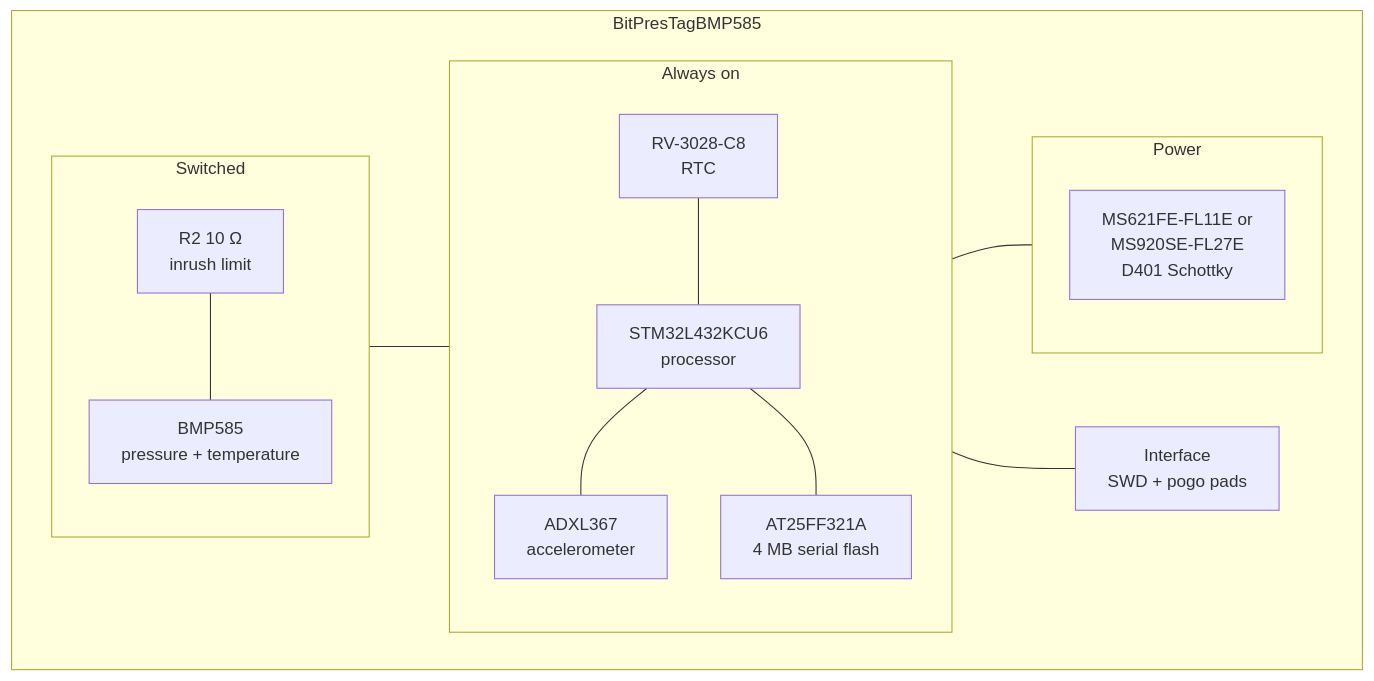
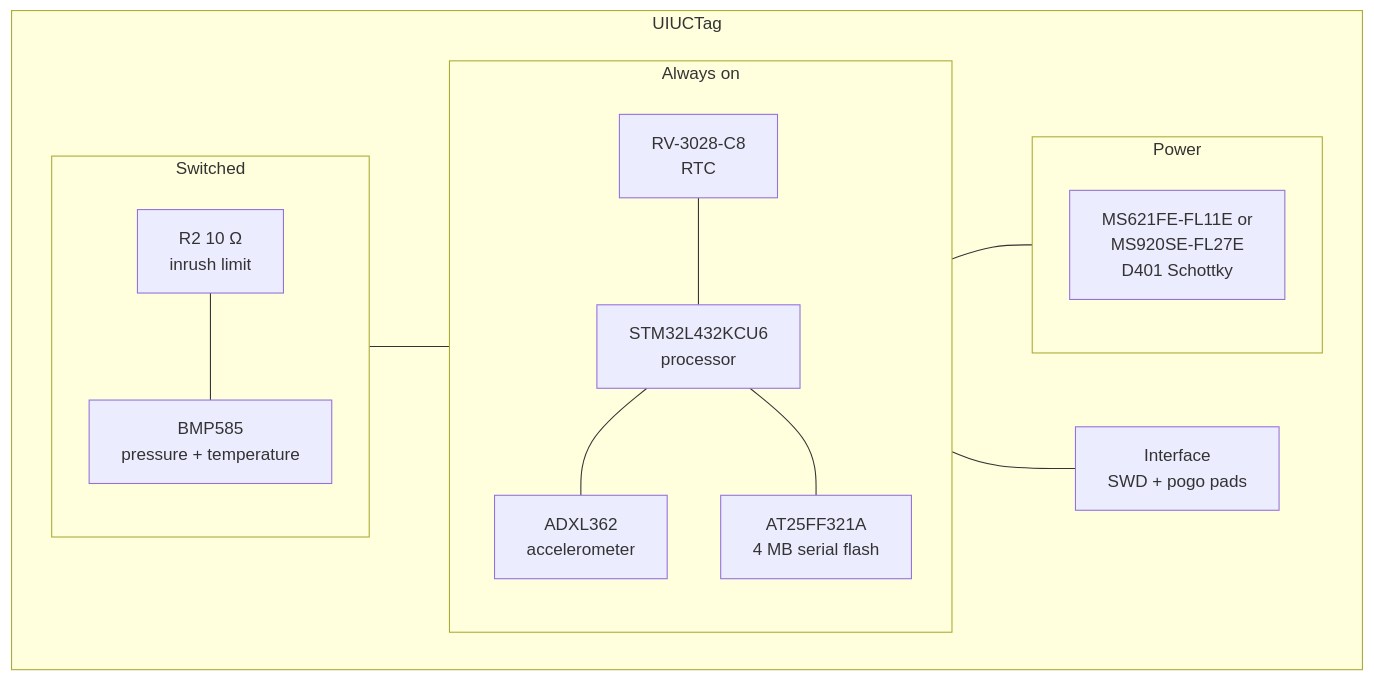
The diagram in docs/src/tags/uiuctag.md (tag-designs/hardware), drawn with Mermaid before and after one commit. The commit also changed other lines of this file and 15 other files, not shown here.

First line of the commit message:
docs: document UIUCTag in place of BitPresTagBMP585

````diff
--- a/docs/src/tags/uiuctag.md
+++ b/docs/src/tags/uiuctag.md
@@ -29,28 +29,28 @@
 ```mermaid
 flowchart LR
-  subgraph TAG[BitPresTagBMP585]
+  subgraph TAG[UIUCTag]
     direction LR
     subgraph SW[Switched]
       PRS["BMP585<br/>pressure + temperature"]
       RES["R2 10 Ω<br/>inrush limit"]
       RES --- PRS
     end
     subgraph ON[Always on]
       direction TB
       RTC["RV-3028-C8<br/>RTC"]
       MCU["STM32L432KCU6<br/>processor"]
-      ACC["ADXL367<br/>accelerometer"]
+      ACC["ADXL362<br/>accelerometer"]
       FLASH["AT25FF321A<br/>4 MB serial flash"]
       RTC --- MCU
       MCU --- ACC
       MCU --- FLASH
     end
     subgraph PWR[Power]
       BAT["MS621FE-FL11E or<br/>MS920SE-FL27E<br/>D401 Schottky"]
     end
     IF["Interface<br/>SWD + pogo pads"]
     SW --- ON
   end
   ON --- PWR
   ON --- IF
 ```
````
